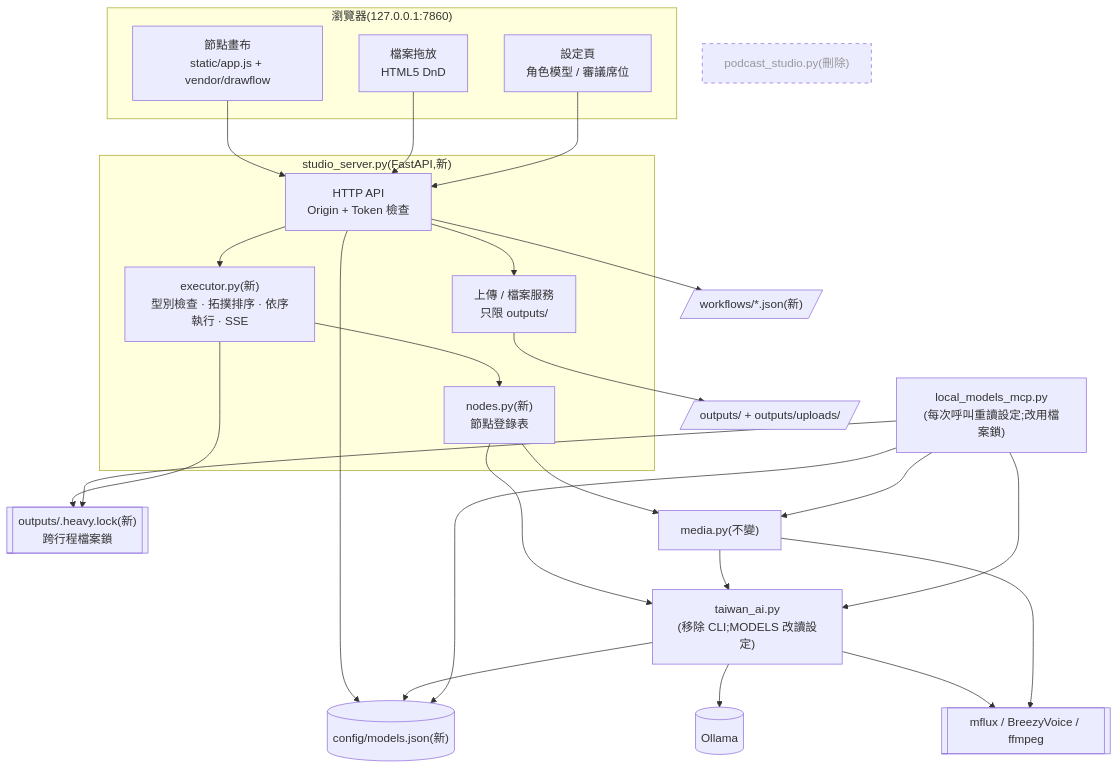
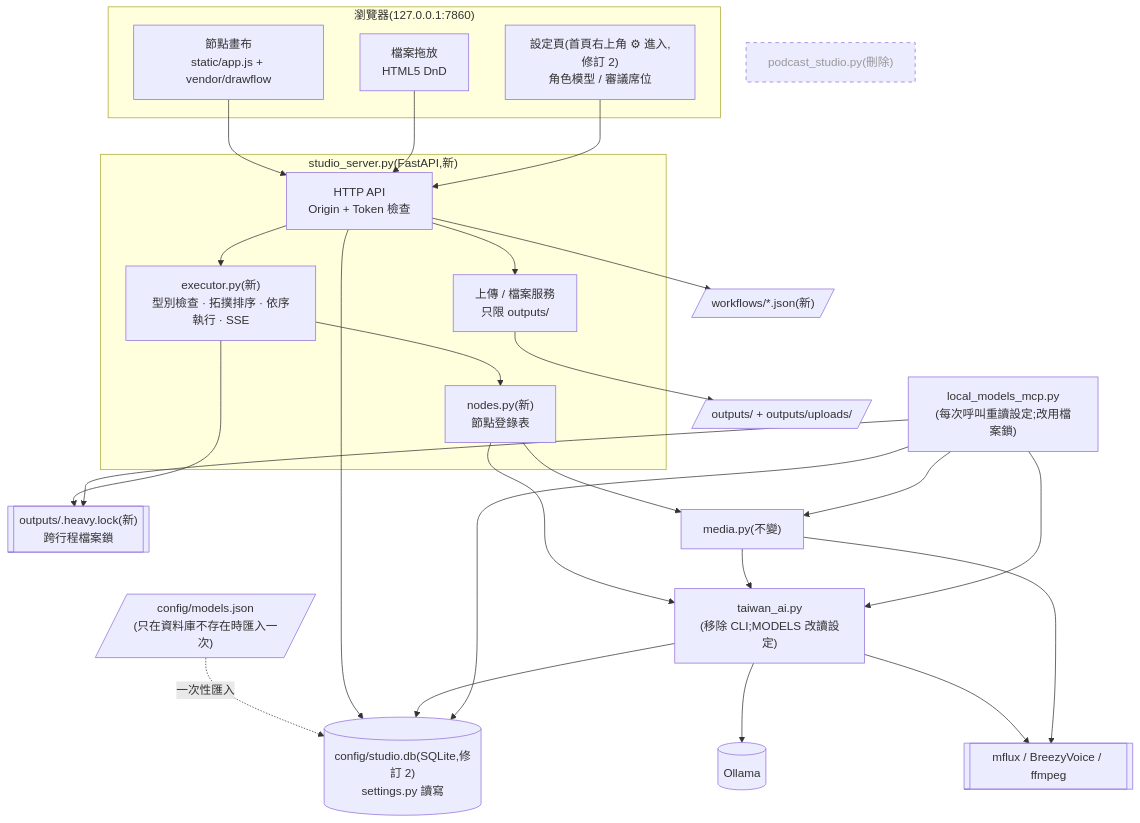
One commit to kamira/podcast-studio changed the first of 4 diagrams in docs/changes/CHG-20261022-01.md. Above: the diagram before and after it, drawn with Mermaid. The commit also changed other lines of this file and 2 other files, not shown here.

First line of the commit message:
CHG-20261022-01、CHG-20261022-04: 修訂 2 草案——設定改存 SQLite、首頁雙卡片與設定圖示、逐句合成實測依據、ADP-12 (#34)

````diff
--- a/docs/changes/CHG-20261022-01.md
+++ b/docs/changes/CHG-20261022-01.md
@@ -62,45 +65,47 @@
 ```mermaid
 flowchart TD
   subgraph 瀏覽器["瀏覽器(127.0.0.1:7860)"]
     CANVAS["節點畫布<br/>static/app.js + vendor/drawflow"]
     DROP["檔案拖放<br/>HTML5 DnD"]
-    SETTINGS["設定頁<br/>角色模型 / 審議席位"]
+    SETTINGS["設定頁(首頁右上角 ⚙ 進入,修訂 2)<br/>角色模型 / 審議席位"]
   end
   subgraph 伺服器["studio_server.py(FastAPI,新)"]
     API["HTTP API<br/>Origin + Token 檢查"]
     EXEC["executor.py(新)<br/>型別檢查 · 拓撲排序 · 依序執行 · SSE"]
     NODES["nodes.py(新)<br/>節點登錄表"]
     UP["上傳 / 檔案服務<br/>只限 outputs/"]
   end
-  CFG[("config/models.json(新)")]
+  CFG[("config/studio.db(SQLite,修訂 2)<br/>settings.py 讀寫")]
+  OLDCFG[/"config/models.json<br/>(只在資料庫不存在時匯入一次)"/]
+  OLDCFG -. 一次性匯入 .-> CFG
   LOCK[["outputs/.heavy.lock(新)<br/>跨行程檔案鎖"]]
   TAI["taiwan_ai.py<br/>(移除 CLI;MODELS 改讀設定)"]
   MEDIA["media.py(不變)"]
   MCP["local_models_mcp.py<br/>(每次呼叫重讀設定;改用檔案鎖)"]
   OLLAMA[("Ollama")]
   ENG[["mflux / BreezyVoice / ffmpeg"]]
   WF[/"workflows/*.json(新)"/]
   OUT[/"outputs/ + outputs/uploads/"/]
 
   CANVAS --> API
   DROP --> API
   SETTINGS --> API
   API --> EXEC --> NODES
   API --> UP --> OUT
   API --> CFG
   API --> WF
   NODES --> TAI
   NODES --> MEDIA
   MEDIA --> TAI
   TAI --> CFG
   MCP --> CFG
   MCP --> TAI
   MCP --> MEDIA
   EXEC --> LOCK
   MCP --> LOCK
   TAI --> OLLAMA
   TAI --> ENG
   MEDIA --> ENG
   X["podcast_studio.py(刪除)"]:::gone
   classDef gone stroke-dasharray: 5 5,color:#999
 ```
````
